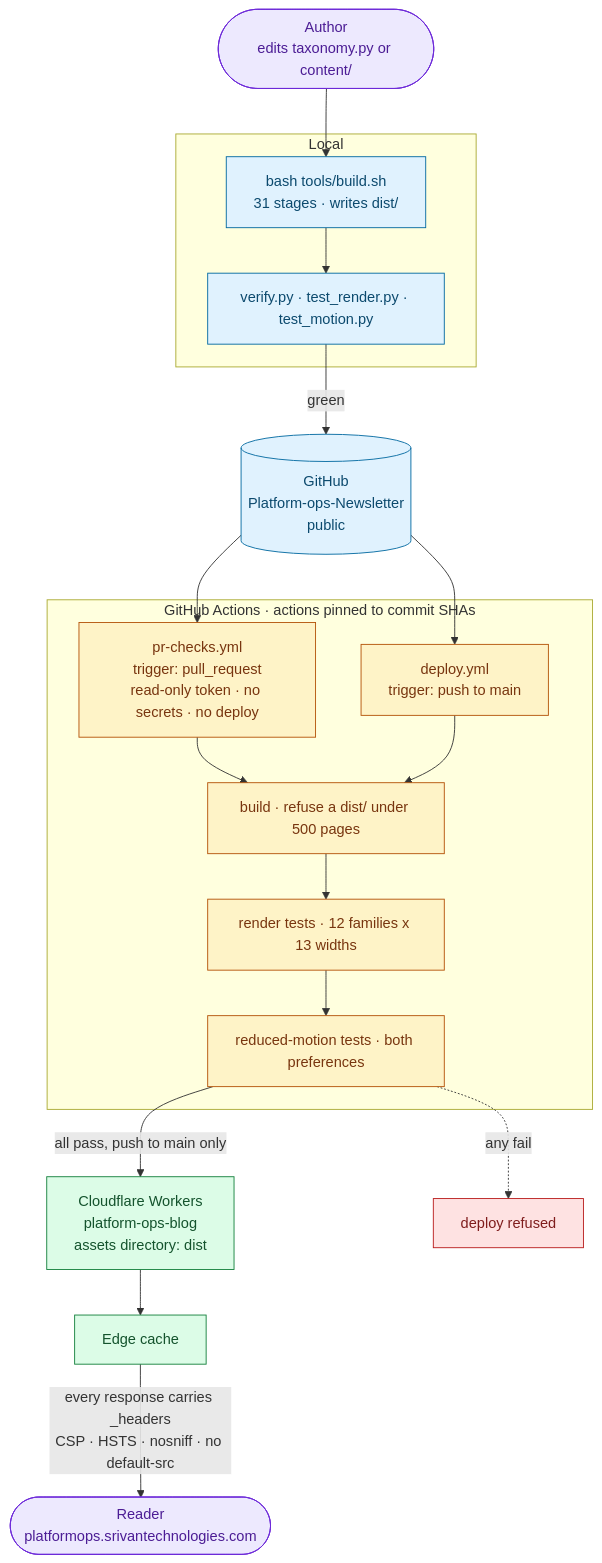
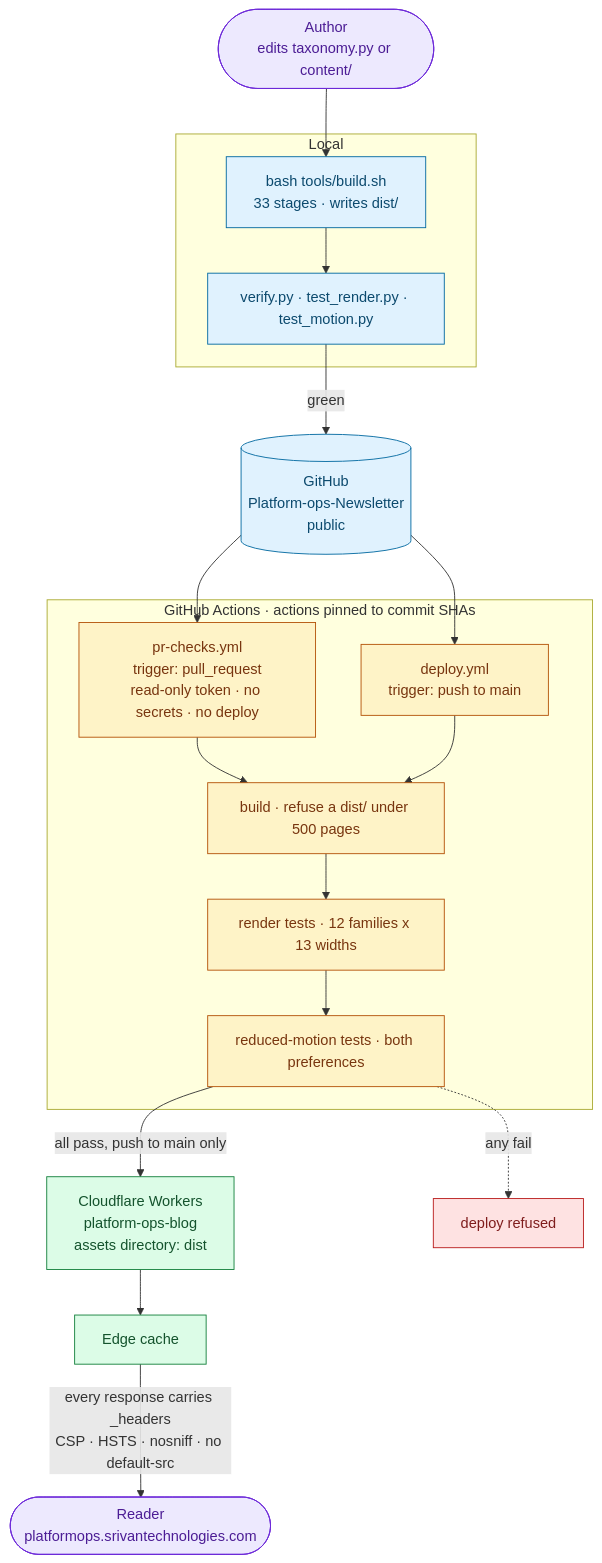
The second of 3 diagrams in README.md (Vishal-Abhinav/Platform-ops-Newsletter), drawn with Mermaid before and after one commit. The commit also changed other lines of this file and 15 other files, not shown here.

````diff
--- a/README.md
+++ b/README.md
@@ -214,47 +214,47 @@
 ```mermaid
 flowchart TB
   DEV(["Author<br/>edits taxonomy.py or content/"])
 
   subgraph LOCAL["Local"]
-    BUILD["bash tools/build.sh<br/>31 stages · writes dist/"]
+    BUILD["bash tools/build.sh<br/>33 stages · writes dist/"]
     SUITE["verify.py · test_render.py · test_motion.py"]
   end
 
   GH[("GitHub<br/>Platform-ops-Newsletter<br/>public")]
 
   subgraph CI["GitHub Actions · actions pinned to commit SHAs"]
     PR["pr-checks.yml<br/>trigger: pull_request<br/>read-only token · no secrets · no deploy"]
     DEP["deploy.yml<br/>trigger: push to main"]
     G1["build · refuse a dist/ under 500 pages"]
     G2["render tests · 12 families x 13 widths"]
     G3["reduced-motion tests · both preferences"]
   end
 
   CF["Cloudflare Workers<br/>platform-ops-blog<br/>assets directory: dist"]
   EDGE["Edge cache"]
   READER(["Reader<br/>platformops.srivantechnologies.com"])
   BLOCK["deploy refused"]
 
   DEV --> BUILD --> SUITE
   SUITE -->|green| GH
   GH --> PR
   GH --> DEP
   PR --> G1
   DEP --> G1
   G1 --> G2 --> G3
   G3 -->|all pass, push to main only| CF
   G3 -.->|any fail| BLOCK
   CF --> EDGE
   EDGE -->|"every response carries _headers<br/>CSP · HSTS · nosniff · no default-src"| READER
 
   classDef human fill:#ede9fe,stroke:#6d28d9,color:#4c1d95
   classDef local fill:#e0f2fe,stroke:#0369a1,color:#0c4a6e
   classDef ci fill:#fef3c7,stroke:#b45309,color:#78350f
   classDef edge fill:#dcfce7,stroke:#15803d,color:#14532d
   classDef bad fill:#fee2e2,stroke:#b91c1c,color:#7f1d1d
   class DEV,READER human
   class BUILD,SUITE,GH local
   class PR,DEP,G1,G2,G3 ci
   class CF,EDGE edge
   class BLOCK bad
 ```
````
